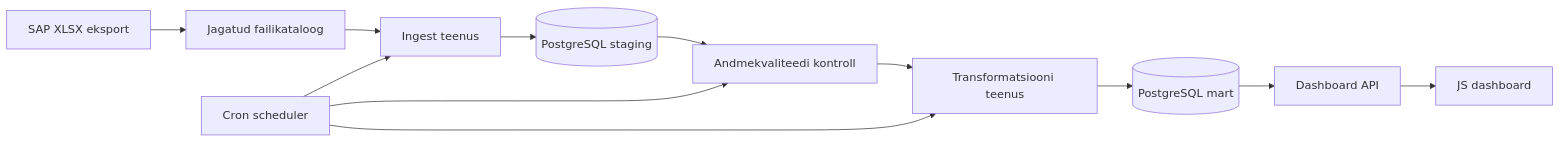
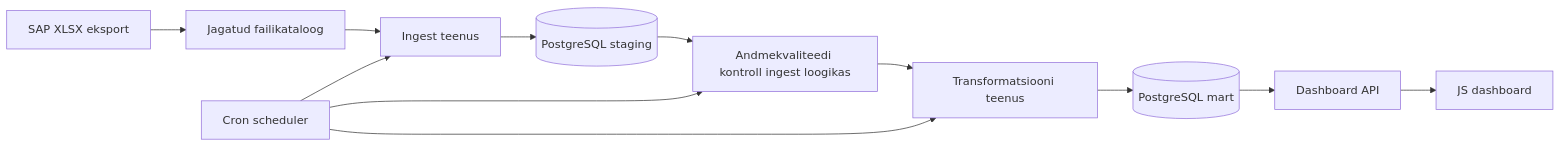
Before and after one commit to joosephook/andmeinseneeria-projekt: the diagram in docs/arhitektuur.md, drawn with Mermaid. The commit also changed other lines of this file and 13 other files, not shown here.

````diff
--- a/docs/arhitektuur.md
+++ b/docs/arhitektuur.md
@@ -52,14 +52,14 @@
 ```mermaid
 flowchart LR
     SAP[SAP XLSX eksport] --> FILES[Jagatud failikataloog]
     FILES --> INGEST[Ingest teenus]
     INGEST --> STAGING[(PostgreSQL staging)]
-    STAGING --> QUALITY[Andmekvaliteedi kontroll]
+    STAGING --> QUALITY[Andmekvaliteedi kontroll ingest loogikas]
     QUALITY --> TRANSFORM[Transformatsiooni teenus]
     TRANSFORM --> MART[(PostgreSQL mart)]
     MART --> API[Dashboard API]
     API --> DASH[JS dashboard]
     SCHED[Cron scheduler] --> INGEST
     SCHED --> QUALITY
     SCHED --> TRANSFORM
 ```
````
